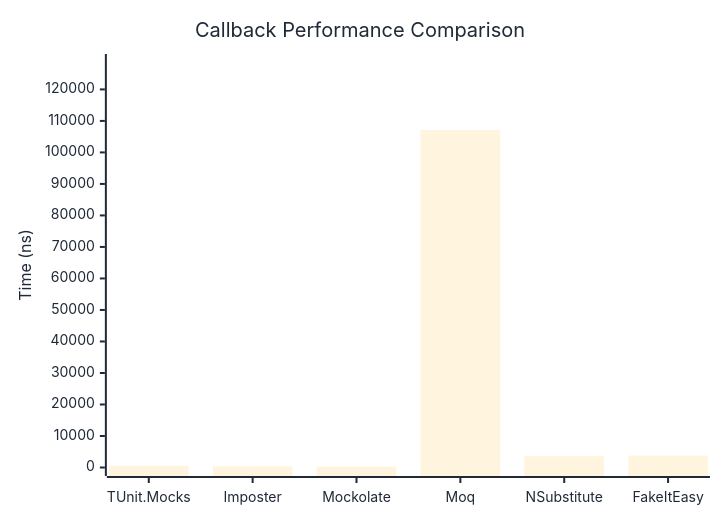
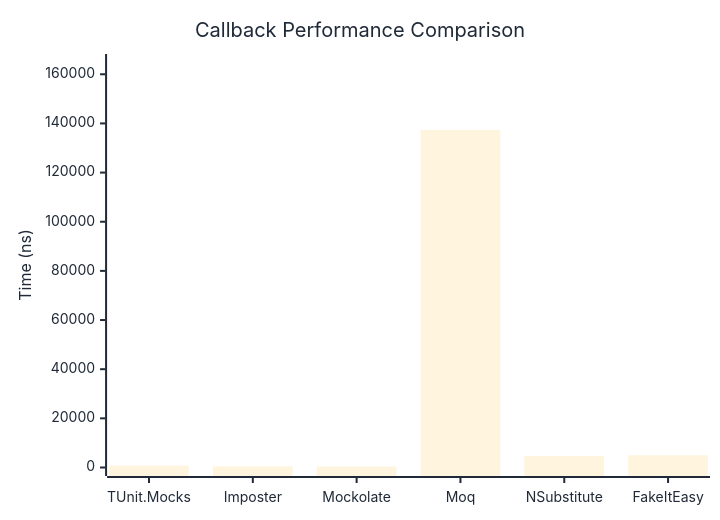
One commit to thomhurst/TUnit changed the first of 2 diagrams in docs/docs/benchmarks/mocks/Callback.md. Above: the diagram before and after it, drawn with Mermaid. The commit also changed other lines of this file and 14 other files, not shown here.

````diff
--- a/docs/docs/benchmarks/mocks/Callback.md
+++ b/docs/docs/benchmarks/mocks/Callback.md
@@ -30,27 +30,27 @@
 ```mermaid
 %%{init: {
   'theme':'base',
   'themeVariables': {
     'primaryColor': '#2563eb',
     'primaryTextColor': '#1f2937',
     'primaryBorderColor': '#1e40af',
     'lineColor': '#6b7280',
     'secondaryColor': '#7c3aed',
     'tertiaryColor': '#dc2626',
     'background': '#ffffff',
     'pie1': '#2563eb',
     'pie2': '#7c3aed',
     'pie3': '#dc2626',
     'pie4': '#f59e0b',
     'pie5': '#10b981',
     'pie6': '#06b6d4',
     'pie7': '#ec4899',
     'pie8': '#6366f1'
   }
 }}%%
 xychart-beta
   title "Callback Performance Comparison"
   x-axis ["TUnit.Mocks", "Imposter", "Mockolate", "Moq", "NSubstitute", "FakeItEasy"]
-  y-axis "Time (ns)" 0 --> 128539
-  bar [525.9, 356.3, 277.9, 107115.3, 3576.5, 3780.5]
+  y-axis "Time (ns)" 0 --> 164790
+  bar [746.7, 494.2, 380.4, 137324.7, 4608.8, 4990.5]
 ```
````
